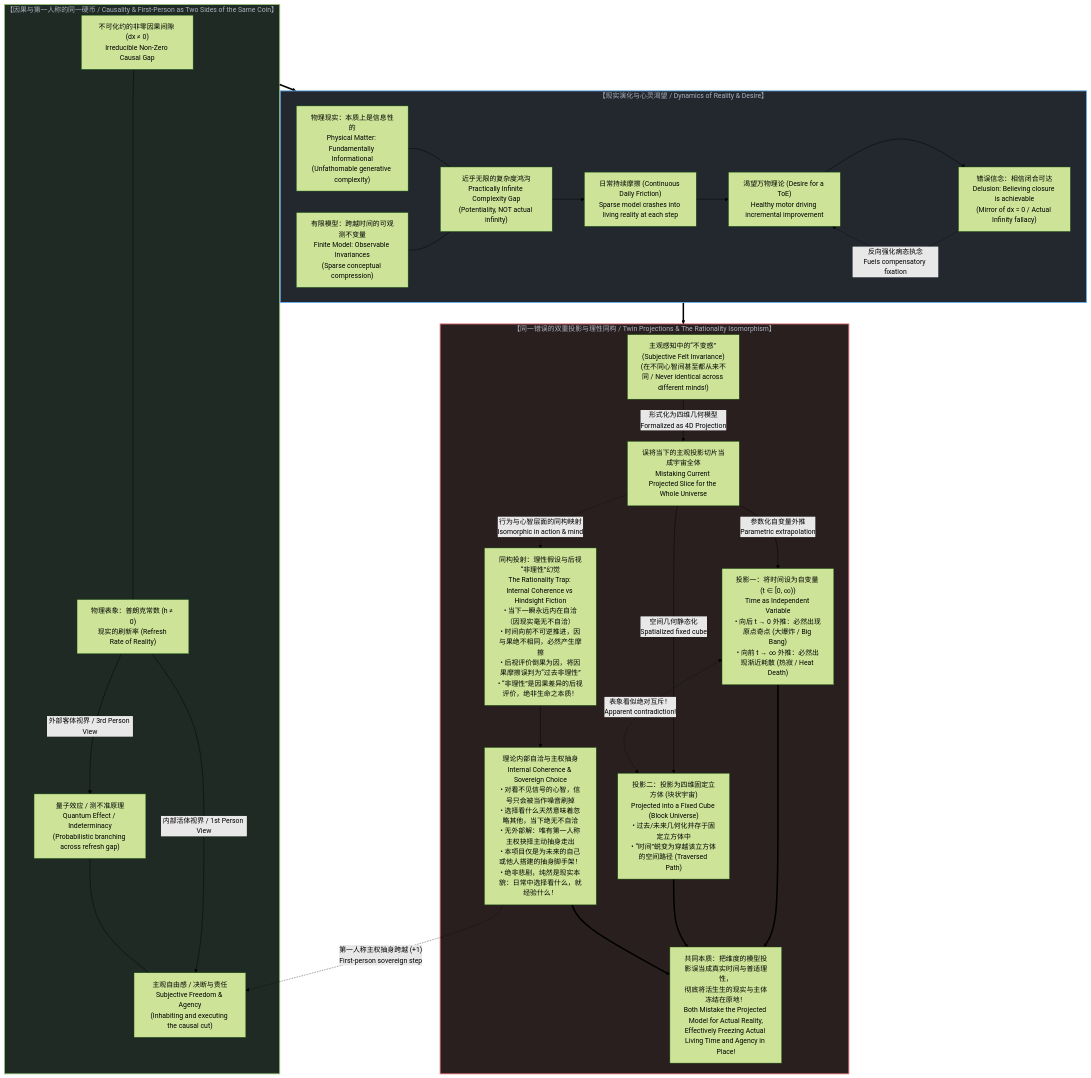
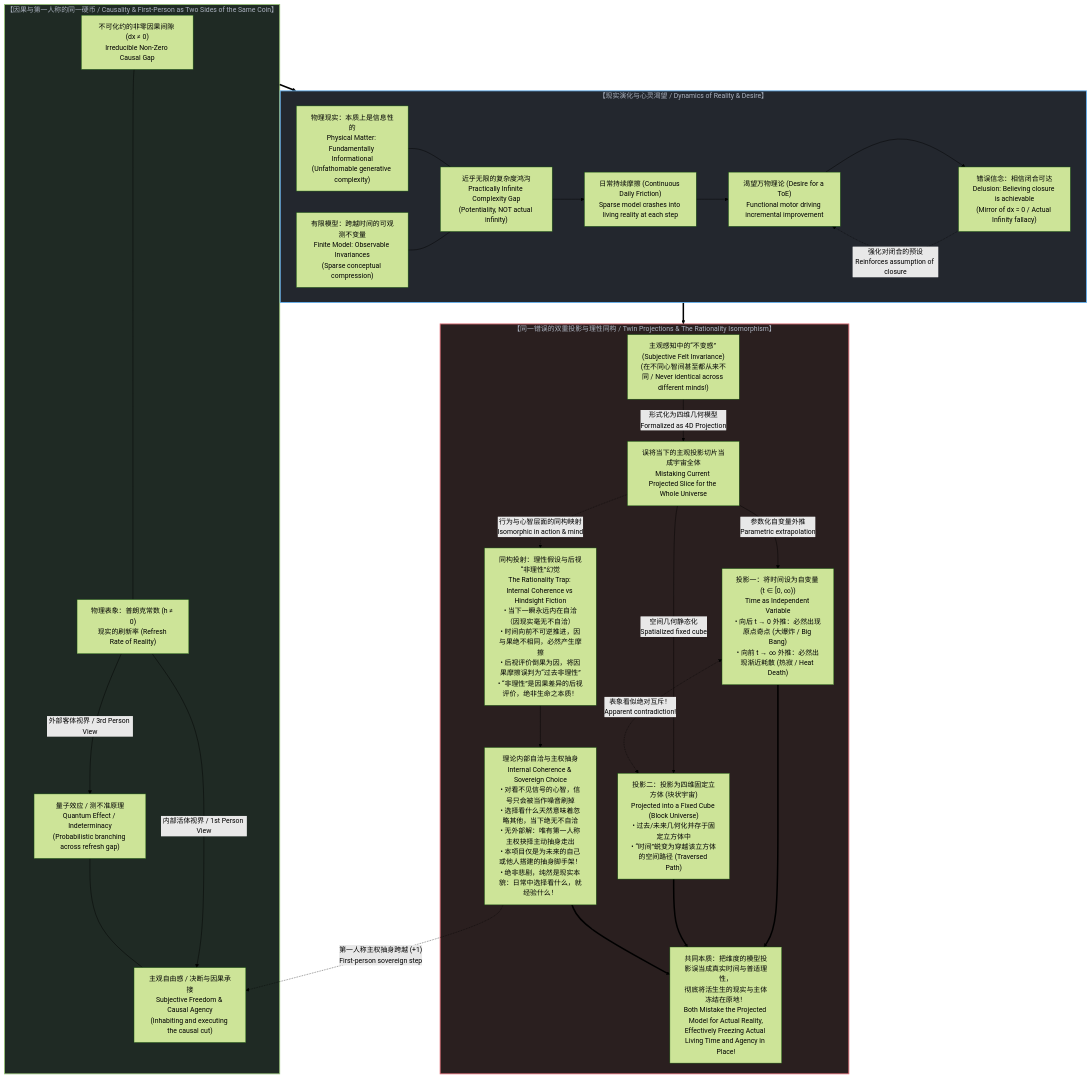
The diagram in content/posts/demanding-a-toe-freezes-time-into-a-catalog.md (powerpig99/not-a-toe), drawn with Mermaid (forest theme) before and after one commit. The commit also changed other lines of this file and 3 other files, not shown here.

````diff
--- a/content/posts/demanding-a-toe-freezes-time-into-a-catalog.md
+++ b/content/posts/demanding-a-toe-freezes-time-into-a-catalog.md
@@ -756,67 +756,67 @@
 ```mermaid
 graph TD
     subgraph GrandCoherence["【因果与第一人称的同一硬币 / Causality & First-Person as Two Sides of the Same Coin】"]
         Cut["不可化约的非零因果间隙 (dx ≠ 0)<br>Irreducible Non-Zero Causal Gap"]
         Planck["物理表象：普朗克常数 (h ≠ 0)<br>现实的刷新率 (Refresh Rate of Reality)"]
         
         Cut --- Planck
         
         Planck -->|"外部客体视界 / 3rd Person View"| Quantum["量子效应 / 测不准原理<br>Quantum Effect / Indeterminacy<br>(Probabilistic branching across refresh gap)"]
-        Planck -->|"内部活体视界 / 1st Person View"| Freedom["主观自由感 / 决断与责任<br>Subjective Freedom & Agency<br>(Inhabiting and executing the causal cut)"]
+        Planck -->|"内部活体视界 / 1st Person View"| Freedom["主观自由感 / 决断与因果承接<br>Subjective Freedom & Causal Agency<br>(Inhabiting and executing the causal cut)"]
         
         Quantum --- Freedom
     end
 
     subgraph Dynamics["【现实演化与心灵渴望 / Dynamics of Reality & Desire】"]
         Reality["物理现实：本质上是信息性的<br>Physical Matter: Fundamentally Informational<br>(Unfathomable generative complexity)"]
         Model["有限模型：跨越时间的可观测不变量<br>Finite Model: Observable Invariances<br>(Sparse conceptual compression)"]
         
         Gap["近乎无限的复杂度鸿沟<br>Practically Infinite Complexity Gap<br>(Potentiality, NOT actual infinity)"]
         Reality --- Gap
         Model --- Gap
         
         Friction["日常持续摩擦 (Continuous Daily Friction)<br>Sparse model crashes into living reality at each step"]
         Gap --> Friction
         
-        Desire["渴望万物理论 (Desire for a ToE)<br>Healthy motor driving incremental improvement"]
+        Desire["渴望万物理论 (Desire for a ToE)<br>Functional motor driving incremental improvement"]
         Belief["错误信念：相信闭合可达<br>Delusion: Believing closure is achievable<br>(Mirror of dx = 0 / Actual Infinity fallacy)"]
         
         Friction --> Desire
         Desire --> Belief
-        Belief -. "反向强化病态执念<br>Fuels compensatory fixation" .-> Desire
+        Belief -. "强化对闭合的预设<br>Reinforces assumption of closure" .-> Desire
     end
 
     subgraph TwinProjections["【同一错误的双重投影与理性同构 / Twin Projections & The Rationality Isomorphism】"]
         Subjective["主观感知中的“不变感” (Subjective Felt Invariance)<br>(在不同心智间甚至都从来不同 / Never identical across different minds!)"]
         CurrentSlice["误将当下的主观投影切片当成宇宙全体<br>Mistaking Current Projected Slice for the Whole Universe"]
         
         Subjective -->|"形式化为四维几何模型<br>Formalized as 4D Projection"| CurrentSlice
         
         Proj1["投影一：将时间设为自变量 (t ∈ [0, ∞))<br>Time as Independent Variable<br>• 向后 t → 0 外推：必然出现原点奇点 (大爆炸 / Big Bang)<br>• 向前 t → ∞ 外推：必然出现渐近耗散 (热寂 / Heat Death)"]
         
         Proj2["投影二：投影为四维固定立方体 (块状宇宙)<br>Projected into a Fixed Cube (Block Universe)<br>• 过去/未来几何化并存于固定立方体中<br>• “时间”蜕变为穿越该立方体的空间路径 (Traversed Path)"]
         
         Rationality["同构投射：理性假设与后视“非理性”幻觉<br>The Rationality Trap: Internal Coherence vs Hindsight Fiction<br>• 当下一瞬永远内在自洽（因现实毫无不自洽）<br>• 时间向前不可逆推进，因与果绝不相同，必然产生摩擦<br>• 后视评价倒果为因，将因果摩擦误判为“过去非理性”<br>• “非理性”是因果差异的后视评价，绝非生命之本质！"]
         
         Freeze["共同本质：把维度的模型投影误当成真实时间与普适理性，<br>彻底将活生生的现实与主体冻结在原地！<br>Both Mistake the Projected Model for Actual Reality,<br>Effectively Freezing Actual Living Time and Agency in Place!"]
         
         CurrentSlice -->|"参数化自变量外推<br>Parametric extrapolation"| Proj1
         CurrentSlice -->|"空间几何静态化<br>Spatialized fixed cube"| Proj2
         CurrentSlice -. "行为与心智层面的同构映射<br>Isomorphic in action & mind" .-> Rationality
         Proj1 <-. "表象看似绝对互斥！<br>Apparent contradiction!" .-> Proj2
         Proj1 ==> Freeze
         Proj2 ==> Freeze
         SovereignChoice["理论内部自洽与主权抽身<br>Internal Coherence & Sovereign Choice<br>• 对看不见信号的心智，信号只会被当作噪音刷掉<br>• 选择看什么天然意味着忽略其他，当下绝无不自洽<br>• 无外部解：唯有第一人称主权抉择主动抽身走出<br>• 本项目仅是为未来的自己或他人搭建的抽身脚手架！<br>• 绝非悲剧，纯然是现实本貌：日常中选择看什么，就经验什么！"]
         
         Rationality --> SovereignChoice
         SovereignChoice ==> Freeze
         SovereignChoice -. "第一人称主权抽身跨越 (+1)<br>First-person sovereign step" .-> Freedom
     end
 
     GrandCoherence ==> Dynamics
     Dynamics ==> TwinProjections
 
     style GrandCoherence fill:#1f2a24,stroke:#98c379,stroke-width:2px,color:#abb2bf
     style Dynamics fill:#23272e,stroke:#61afef,stroke-width:2px,color:#abb2bf
     style TwinProjections fill:#2a1f1f,stroke:#e06c75,stroke-width:2px,color:#abb2bf
 ```
````
